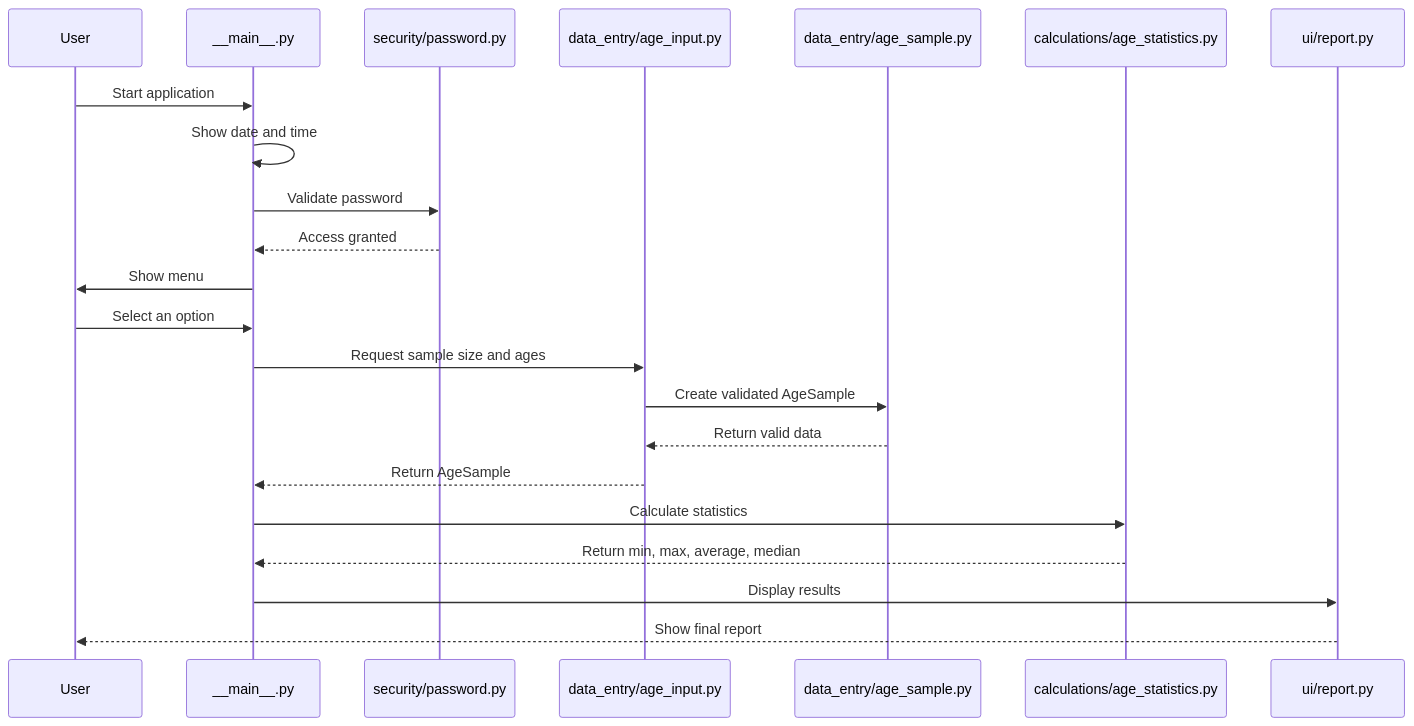
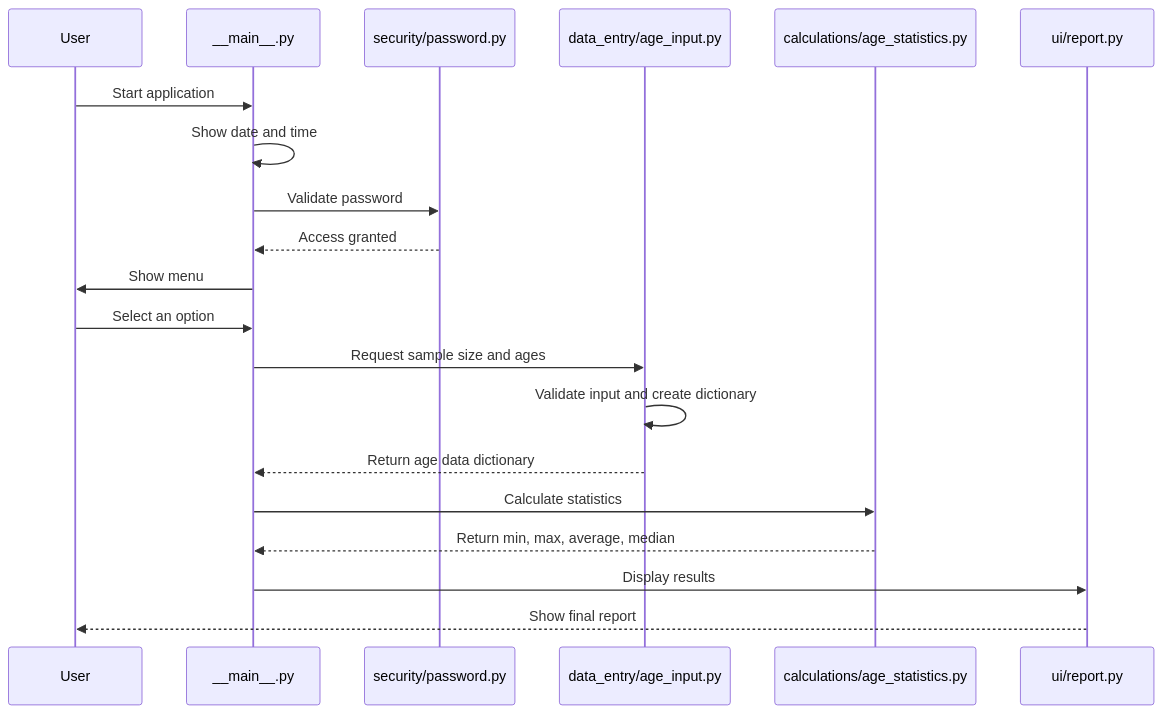
One commit to jonach1998/soft-645-fundamentos-python-proyecto-final changed the diagram in README.md. Above: the diagram before and after it, drawn with Mermaid. The commit also changed other lines of this file and 2 other files, not shown here.

Commit message:
Refactor data entry module by removing age_sample.py and updating README.md to reflect changes in data structure and responsibilities. Implemented age input validation in age_input.py.

````diff
--- a/README.md
+++ b/README.md
@@ -51,25 +50,23 @@
 ```mermaid
 sequenceDiagram
     participant User
     participant Main as __main__.py
     participant Security as security/password.py
     participant Entry as data_entry/age_input.py
-    participant Contract as data_entry/age_sample.py
     participant Stats as calculations/age_statistics.py
     participant Report as ui/report.py
 
     User->>Main: Start application
     Main->>Main: Show date and time
     Main->>Security: Validate password
     Security-->>Main: Access granted
     Main->>User: Show menu
     User->>Main: Select an option
     Main->>Entry: Request sample size and ages
-    Entry->>Contract: Create validated AgeSample
-    Contract-->>Entry: Return valid data
-    Entry-->>Main: Return AgeSample
+    Entry->>Entry: Validate input and create dictionary
+    Entry-->>Main: Return age data dictionary
     Main->>Stats: Calculate statistics
     Stats-->>Main: Return min, max, average, median
     Main->>Report: Display results
     Report-->>User: Show final report
 ```
````
